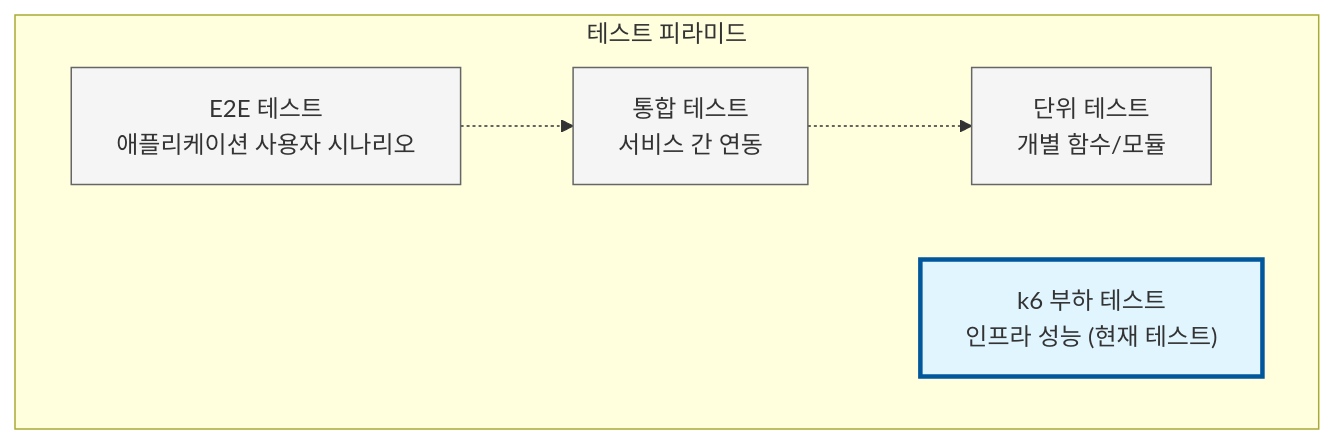
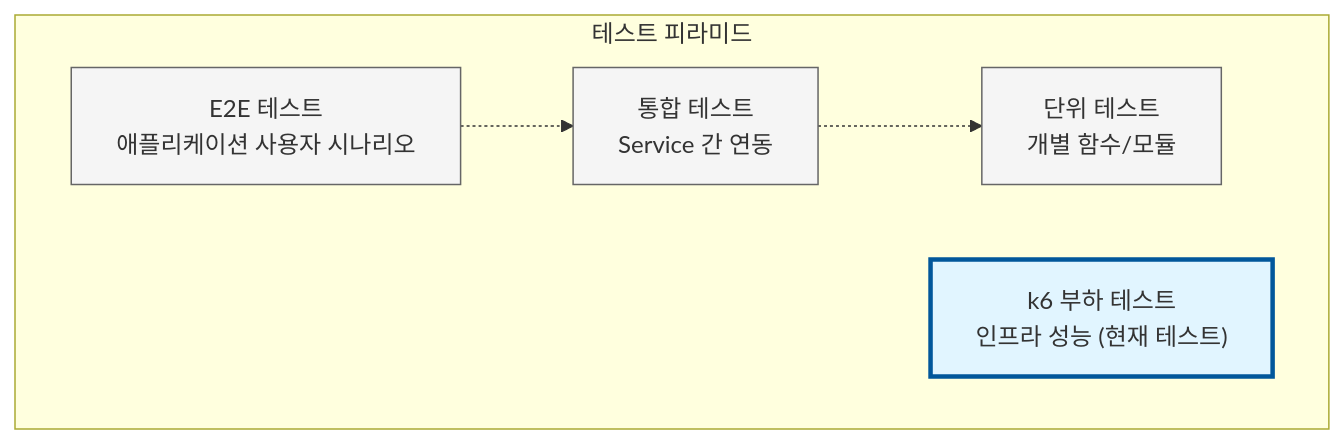
The diagram in tests/performance/README.md (DvwN-Lee/Monitoring-v2), drawn with Mermaid before and after one commit. The commit also changed other lines of this file and 27 other files, not shown here.

````diff
--- a/tests/performance/README.md
+++ b/tests/performance/README.md
@@ -38,17 +38,17 @@
 ```mermaid
 graph TB
     subgraph TestPyramid["테스트 피라미드"]
         E2E["E2E 테스트<br/>애플리케이션 사용자 시나리오"]
-        Integration["통합 테스트<br/>서비스 간 연동"]
+        Integration["통합 테스트<br/>Service 간 연동"]
         Unit["단위 테스트<br/>개별 함수/모듈"]
         K6["k6 부하 테스트<br/>인프라 성능 (현재 테스트)"]
     end
 
     E2E -.-> Integration
     Integration -.-> Unit
 
     style K6 fill:#e1f5ff,stroke:#01579b,stroke-width:3px
     style E2E fill:#f5f5f5,stroke:#666
     style Integration fill:#f5f5f5,stroke:#666
     style Unit fill:#f5f5f5,stroke:#666
 ```
````
